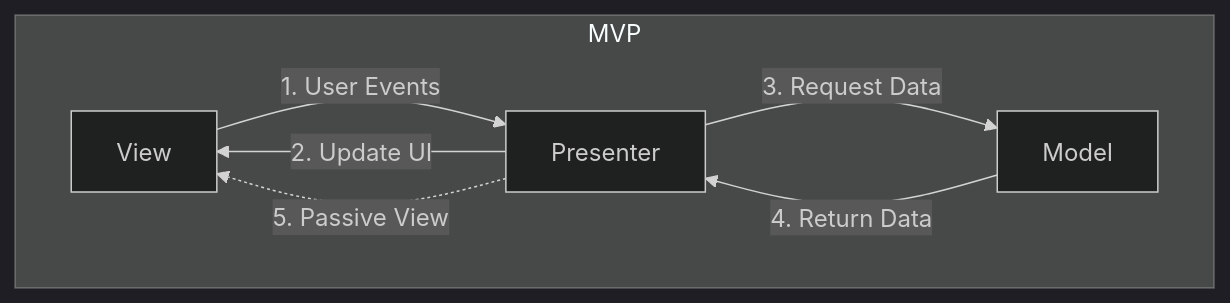
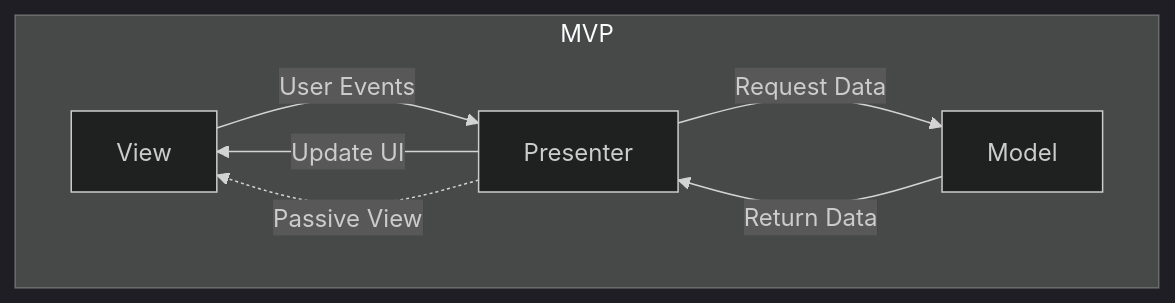
One commit to BlizzyIxyz/Code-Standards changed the second of 3 diagrams in README.md. Above: the diagram before and after it, drawn with Mermaid (dark theme). The commit also changed other lines of this file, not shown here.

````diff
--- a/README.md
+++ b/README.md
@@ -12,10 +12,10 @@
 ```mermaid
 flowchart TD
     subgraph MVP
-        A[View] -->|1. User Events| B[Presenter]
-        B -->|2. Update UI| A
-        B -->|3. Request Data| C[Model]
-        C -->|4. Return Data| B
-        B -.->|5. Passive View| A
+        A[View] -->|User Events| B[Presenter]
+        B -->|Update UI| A
+        B -->|Request Data| C[Model]
+        C -->|Return Data| B
+        B -.->|Passive View| A
     end
 ```
````
